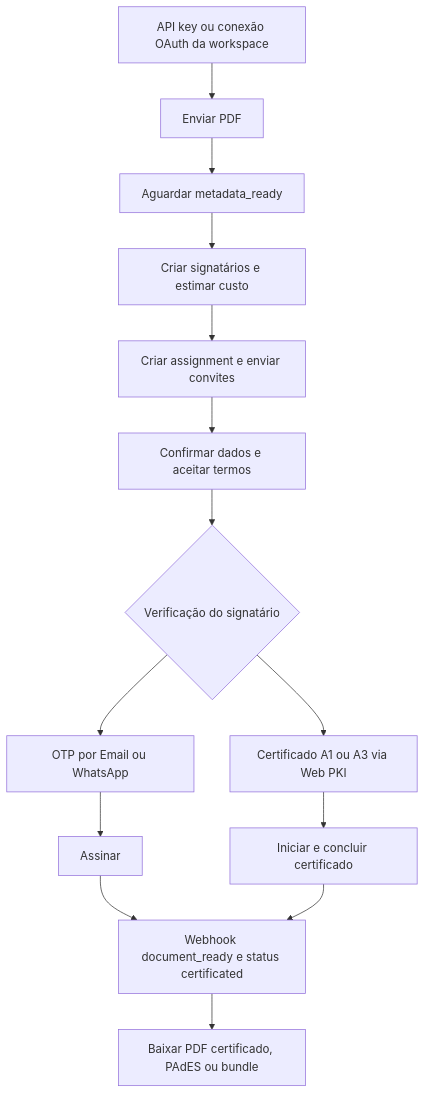
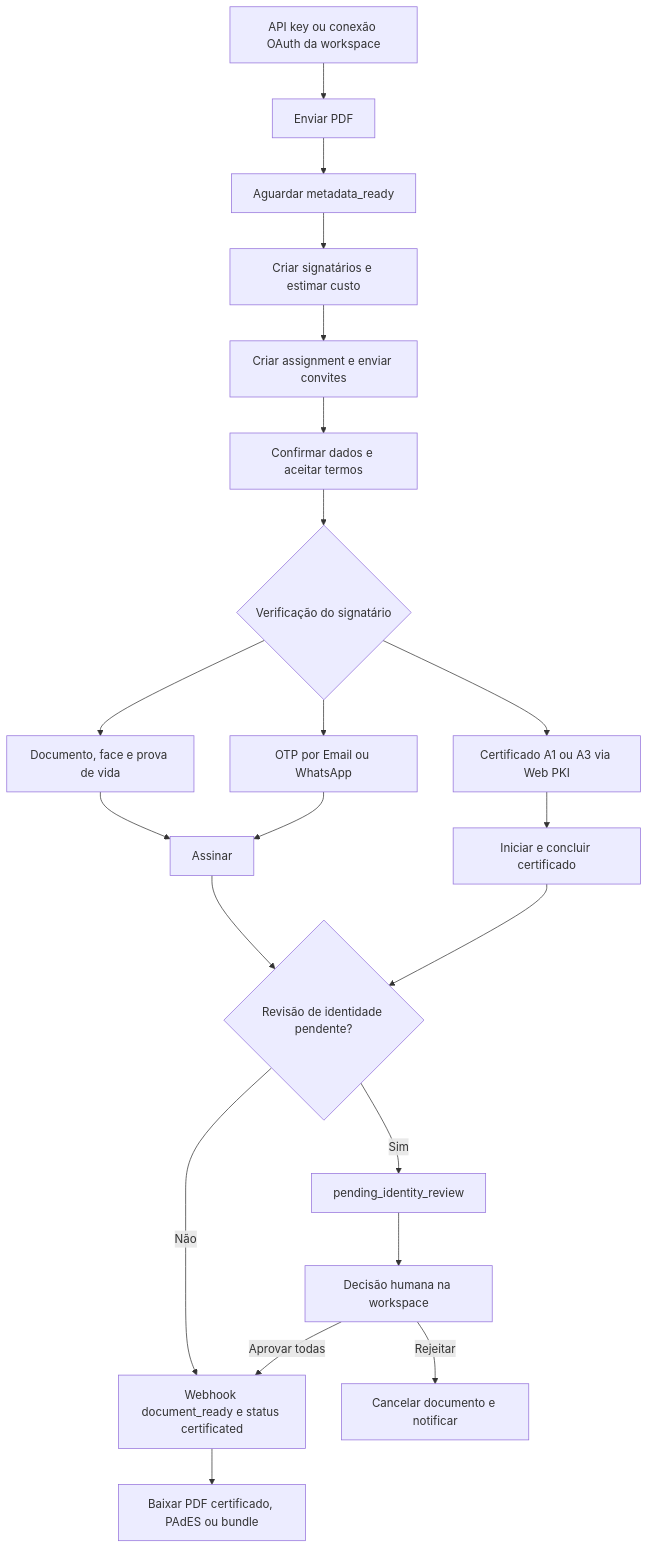
One commit to assinafy/csharp-sdk changed the diagram in README.md. Above: the diagram before and after it, drawn with Mermaid. The commit also changed other lines of this file and 31 other files, not shown here.

````diff
--- a/README.md
+++ b/README.md
@@ -313,16 +313,23 @@
 ```mermaid
 flowchart TD
     A[API key ou conexão OAuth da workspace] --> B[Enviar PDF]
     B --> C[Aguardar metadata_ready]
     C --> D[Criar signatários e estimar custo]
     D --> E[Criar assignment e enviar convites]
     E --> M[Confirmar dados e aceitar termos]
     M --> F{Verificação do signatário}
     F --> G[OTP por Email ou WhatsApp]
     F --> H[Certificado A1 ou A3 via Web PKI]
+    F --> N[Documento, face e prova de vida]
+    N --> I
     G --> I[Assinar]
     H --> J[Iniciar e concluir certificado]
-    I --> K[Webhook document_ready e status certificated]
-    J --> K
+    I --> R{Revisão de identidade pendente?}
+    J --> R
+    R -->|Não| K[Webhook document_ready e status certificated]
+    R -->|Sim| P[pending_identity_review]
+    P --> Q[Decisão humana na workspace]
+    Q -->|Aprovar todas| K
+    Q -->|Rejeitar| X[Cancelar documento e notificar]
     K --> L[Baixar PDF certificado, PAdES ou bundle]
 ```
````
